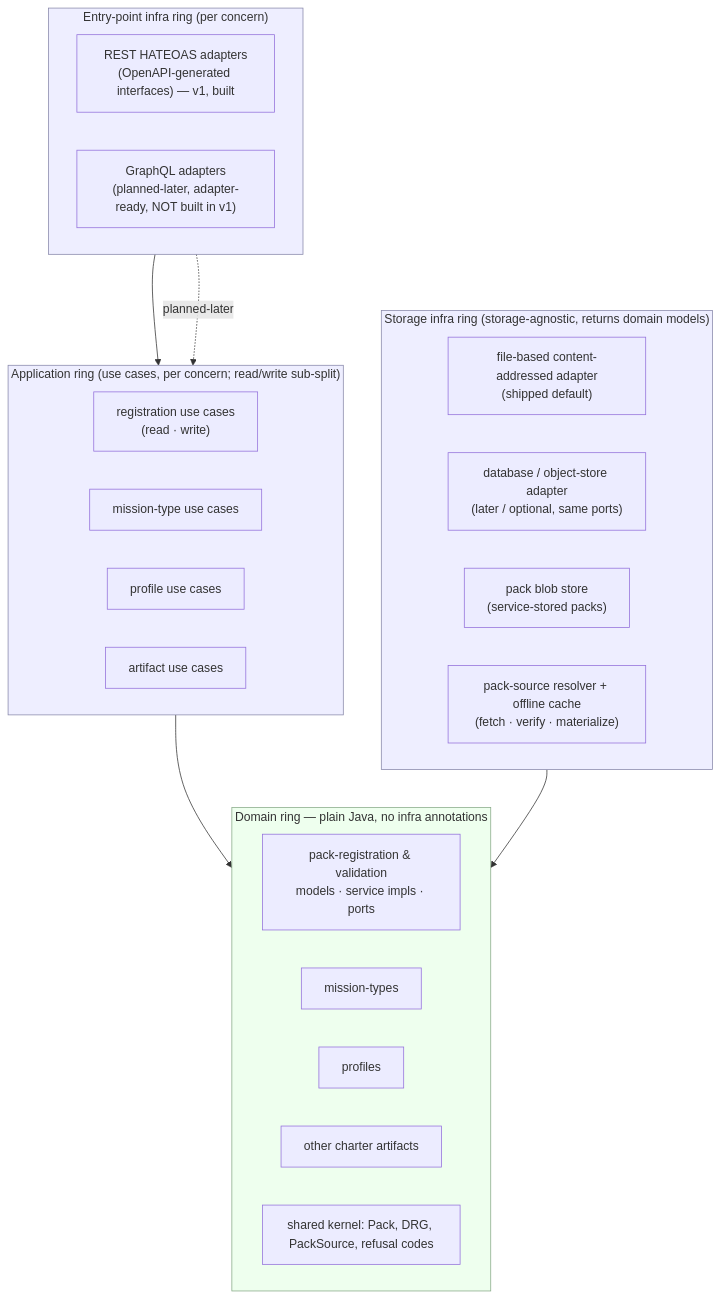
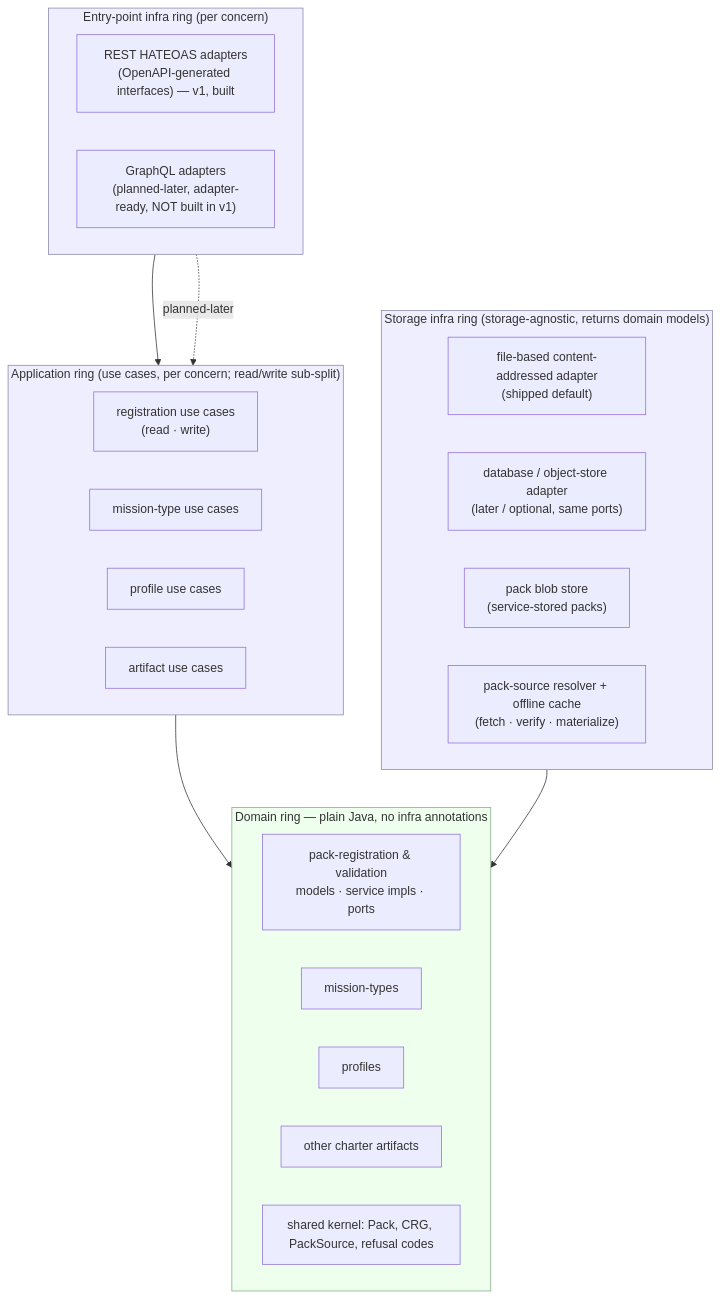
Before and after one commit to spec-kitty/spec-kitty-charter: the first of 4 diagrams in docs/architecture/pack-registration-distribution.md, drawn with Mermaid. The commit also changed other lines of this file and 44 other files, not shown here.

First line of the commit message:
docs: retire "doctrine" as a Spec Kitty term in favour of charter

````diff
--- a/docs/architecture/pack-registration-distribution.md
+++ b/docs/architecture/pack-registration-distribution.md
@@ -44,43 +44,43 @@
 ```mermaid
 flowchart TB
   subgraph EP["Entry-point infra ring (per concern)"]
     direction LR
     rest["REST HATEOAS adapters<br/>(OpenAPI-generated interfaces) — v1, built"]
     gql["GraphQL adapters<br/>(planned-later, adapter-ready, NOT built in v1)"]
   end
 
   subgraph APP["Application ring (use cases, per concern; read/write sub-split)"]
     direction LR
     appreg["registration use cases<br/>(read · write)"]
     appmt["mission-type use cases"]
     appprof["profile use cases"]
     appart["artifact use cases"]
   end
 
   subgraph DOM["Domain ring — plain Java, no infra annotations"]
     direction LR
     dreg["pack-registration & validation<br/>models · service impls · ports"]
     dmt["mission-types"]
     dprof["profiles"]
     dart["other charter artifacts"]
-    dker["shared kernel: Pack, DRG, PackSource, refusal codes"]
+    dker["shared kernel: Pack, CRG, PackSource, refusal codes"]
   end
 
   subgraph ST["Storage infra ring (storage-agnostic, returns domain models)"]
     direction LR
     stfile["file-based content-addressed adapter<br/>(shipped default)"]
     stdb["database / object-store adapter<br/>(later / optional, same ports)"]
     stblob["pack blob store<br/>(service-stored packs)"]
     stresolver["pack-source resolver + offline cache<br/>(fetch · verify · materialize)"]
   end
 
   rest --> APP
   gql -.planned-later.-> APP
   APP --> DOM
   ST --> DOM
 
   classDef infra fill:#eef,stroke:#88a;
   classDef dom fill:#efe,stroke:#8a8;
   class EP,APP,ST infra
   class DOM dom
 ```
````
